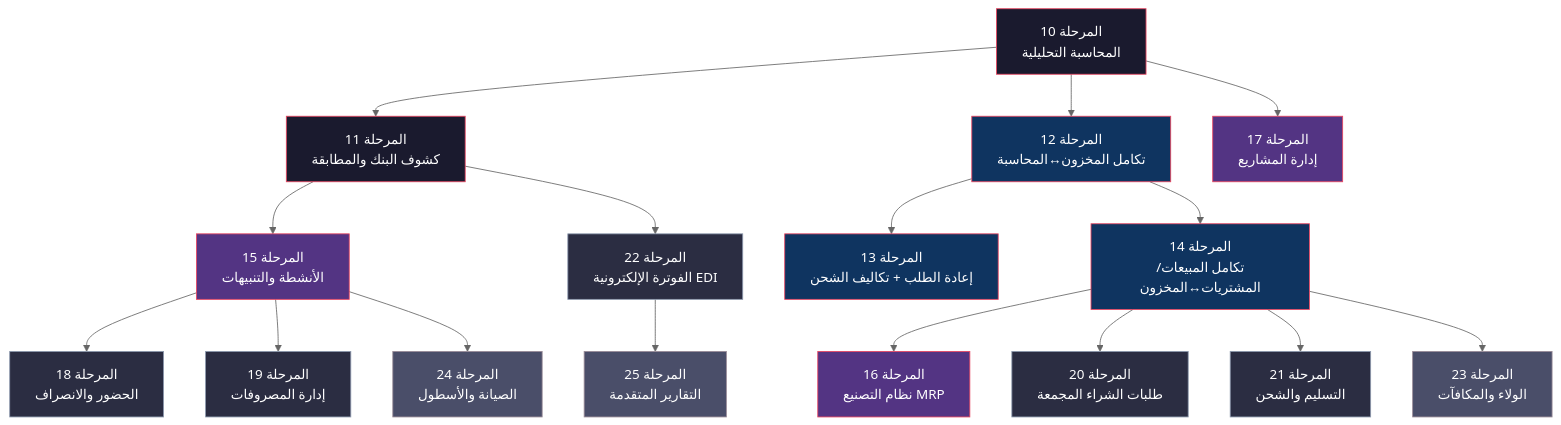
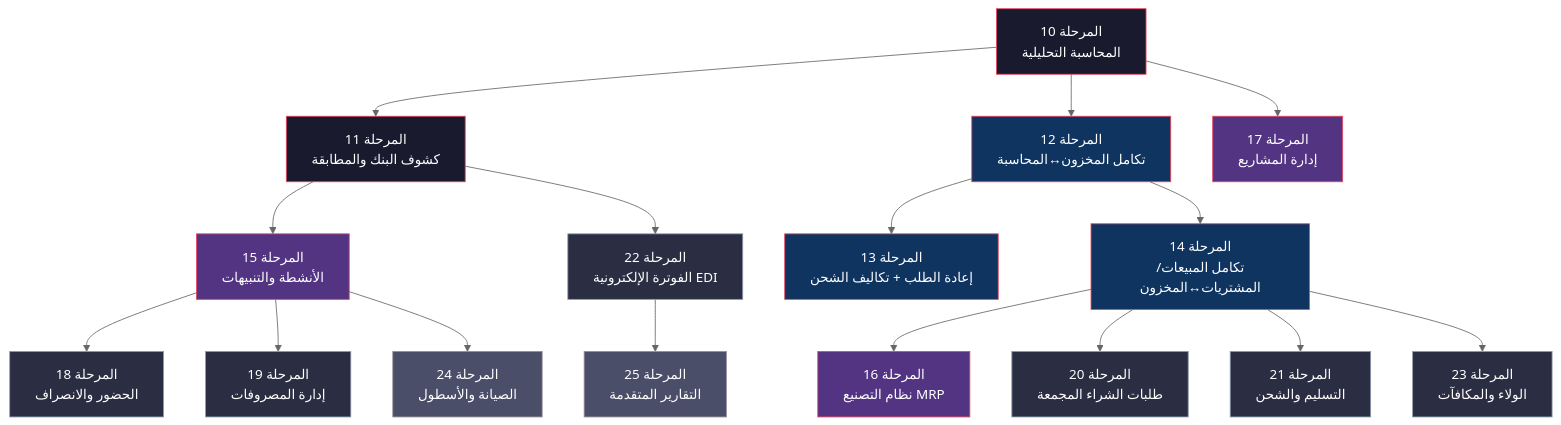
One commit to osmai4603-collab/cashflow_backend changed the diagram in docs/advanced__infrastructured_implementation_plan.md. Above: the diagram before and after it, drawn with Mermaid (neutral theme). The commit also changed other lines of this file and 152 other files, not shown here.

````diff
--- a/docs/advanced__infrastructured_implementation_plan.md
+++ b/docs/advanced__infrastructured_implementation_plan.md
@@ -14,35 +14,35 @@
 ```mermaid
 graph TD
     P10["المرحلة 10<br/>المحاسبة التحليلية"] --> P11["المرحلة 11<br/>كشوف البنك والمطابقة"]
     P10 --> P12["المرحلة 12<br/>تكامل المخزون↔المحاسبة"]
     P12 --> P13["المرحلة 13<br/>إعادة الطلب + تكاليف الشحن"]
     P12 --> P14["المرحلة 14<br/>تكامل المبيعات/المشتريات↔المخزون"]
     P11 --> P15["المرحلة 15<br/>الأنشطة والتنبيهات"]
     P14 --> P16["المرحلة 16<br/>نظام التصنيع MRP"]
     P10 --> P17["المرحلة 17<br/>إدارة المشاريع"]
     P15 --> P18["المرحلة 18<br/>الحضور والانصراف"]
     P15 --> P19["المرحلة 19<br/>إدارة المصروفات"]
     P14 --> P20["المرحلة 20<br/>طلبات الشراء المجمعة"]
     P14 --> P21["المرحلة 21<br/>التسليم والشحن"]
     P11 --> P22["المرحلة 22<br/>الفوترة الإلكترونية EDI"]
     P14 --> P23["المرحلة 23<br/>الولاء والمكافآت"]
     P15 --> P24["المرحلة 24<br/>الصيانة والأسطول"]
     P22 --> P25["المرحلة 25<br/>التقارير المتقدمة"]
 
     style P10 fill:#1a1a2e,stroke:#e94560,color:#fff
     style P11 fill:#1a1a2e,stroke:#e94560,color:#fff
     style P12 fill:#0f3460,stroke:#e94560,color:#fff
     style P13 fill:#0f3460,stroke:#e94560,color:#fff
     style P14 fill:#0f3460,stroke:#e94560,color:#fff
     style P15 fill:#533483,stroke:#e94560,color:#fff
     style P16 fill:#533483,stroke:#e94560,color:#fff
     style P17 fill:#533483,stroke:#e94560,color:#fff
     style P18 fill:#2b2d42,stroke:#8d99ae,color:#fff
     style P19 fill:#2b2d42,stroke:#8d99ae,color:#fff
     style P20 fill:#2b2d42,stroke:#8d99ae,color:#fff
     style P21 fill:#2b2d42,stroke:#8d99ae,color:#fff
     style P22 fill:#2b2d42,stroke:#8d99ae,color:#fff
-    style P23 fill:#4a4e69,stroke:#9a8c98,color:#fff
+    style P23 fill:#2b2d42,stroke:#8d99ae,color:#fff
     style P24 fill:#4a4e69,stroke:#9a8c98,color:#fff
     style P25 fill:#4a4e69,stroke:#9a8c98,color:#fff
 ```
````
